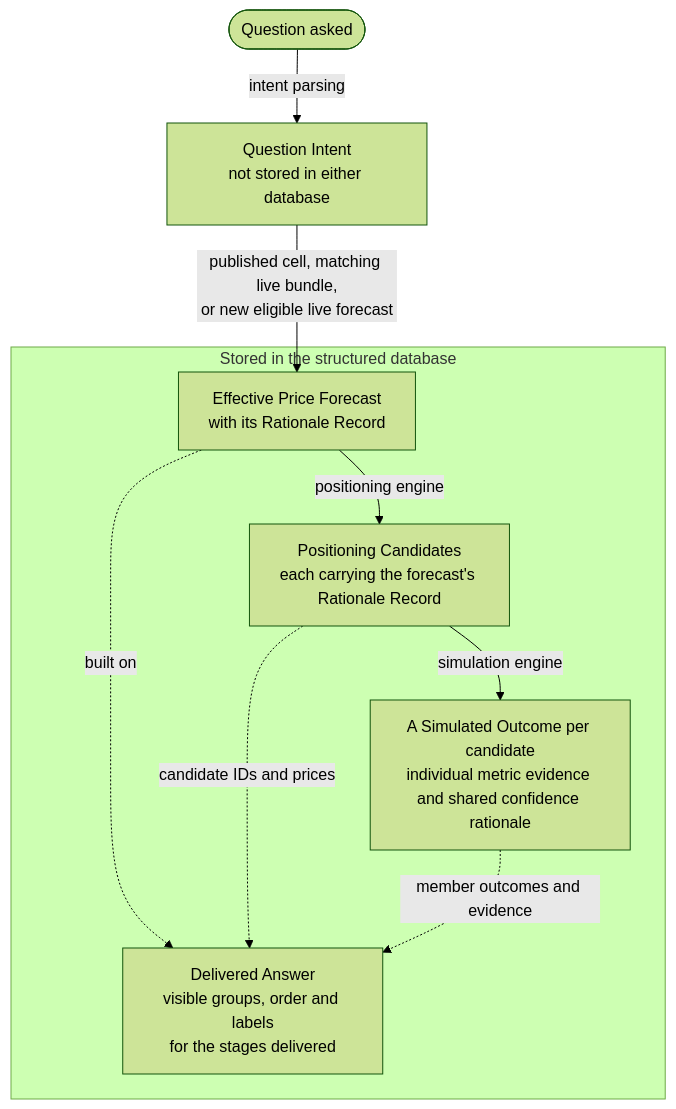
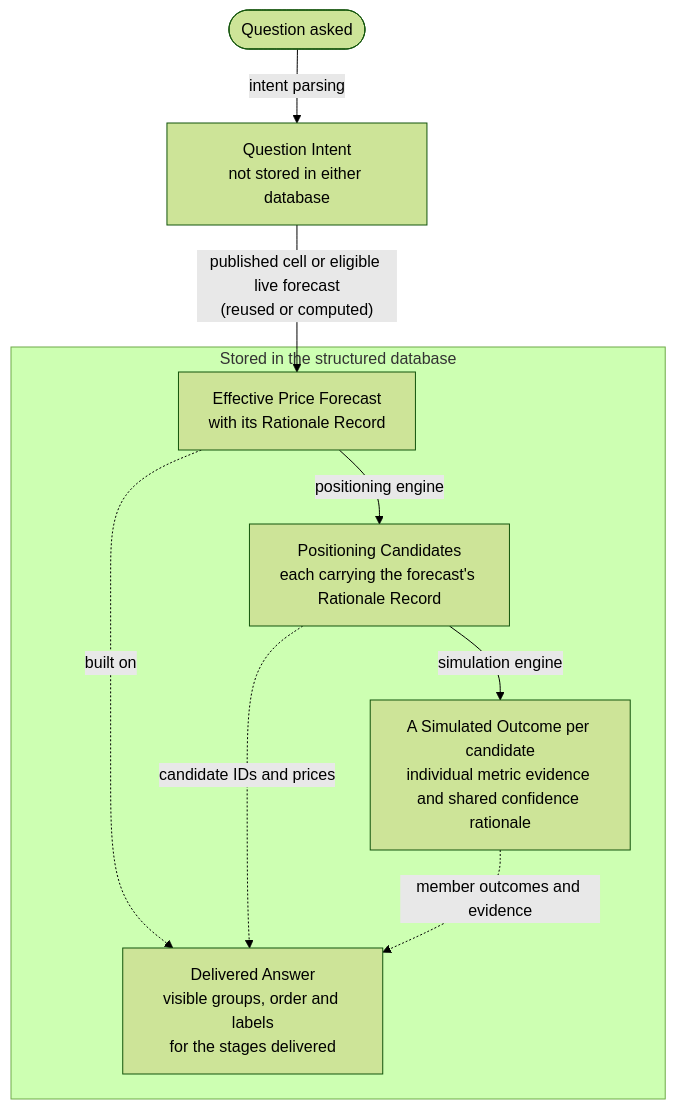
Before and after one commit to billy-atkins/price-horizon: the fourth of 5 diagrams in specs/application/technical/architecture.md, drawn with Mermaid (forest theme). The commit also changed other lines of this file and 14 other files, not shown here.

````diff
--- a/specs/application/technical/architecture.md
+++ b/specs/application/technical/architecture.md
@@ -216,20 +219,20 @@
 ```mermaid
 ---
 config:
   layout: dagre
 ---
 flowchart TD
     Q(["Question asked"]) -->|"intent parsing"| QI["Question Intent<br/>not stored in either database"]
-    QI -->|"published cell, matching live bundle,<br/>or new eligible live forecast"| EPF
+    QI -->|"published cell or eligible live forecast<br/>(reused or computed)"| EPF
     subgraph STORED["Stored in the structured database"]
         EPF["Effective Price Forecast<br/>with its Rationale Record"]
         PC["Positioning Candidates<br/>each carrying the forecast's Rationale Record"]
         SO["A Simulated Outcome per candidate<br/>individual metric evidence and shared confidence rationale"]
         DA["Delivered Answer<br/>visible groups, order and labels<br/>for the stages delivered"]
         EPF -->|"positioning engine"| PC
         PC -->|"simulation engine"| SO
         EPF -.->|"built on"| DA
         PC -.->|"candidate IDs and prices"| DA
         SO -.->|"member outcomes and evidence"| DA
     end
 ```
````
